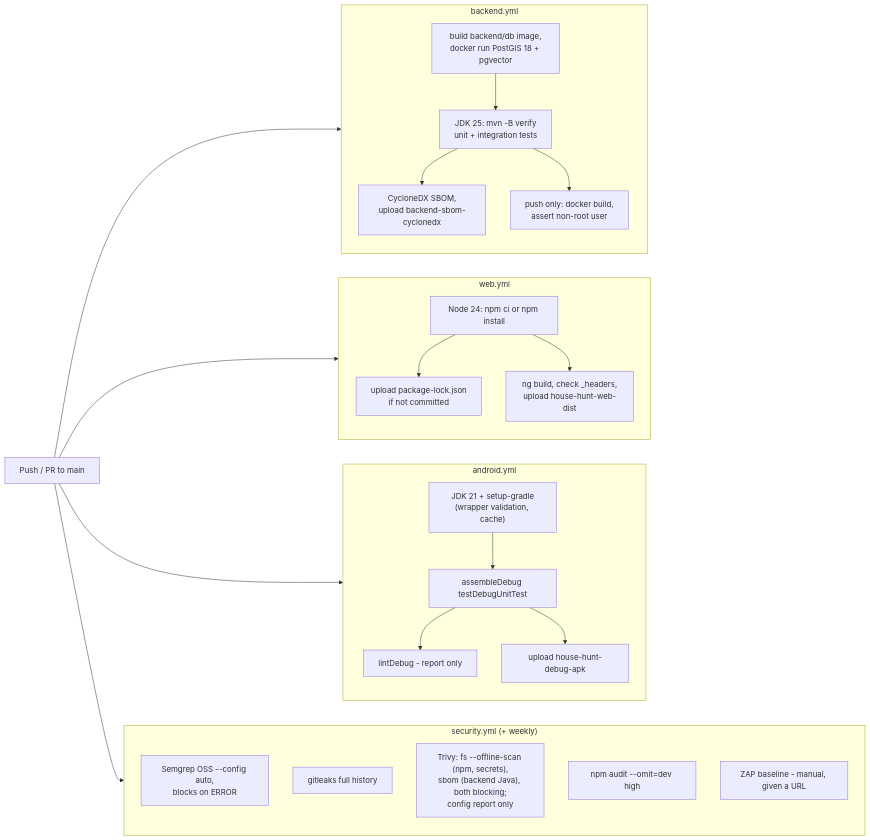
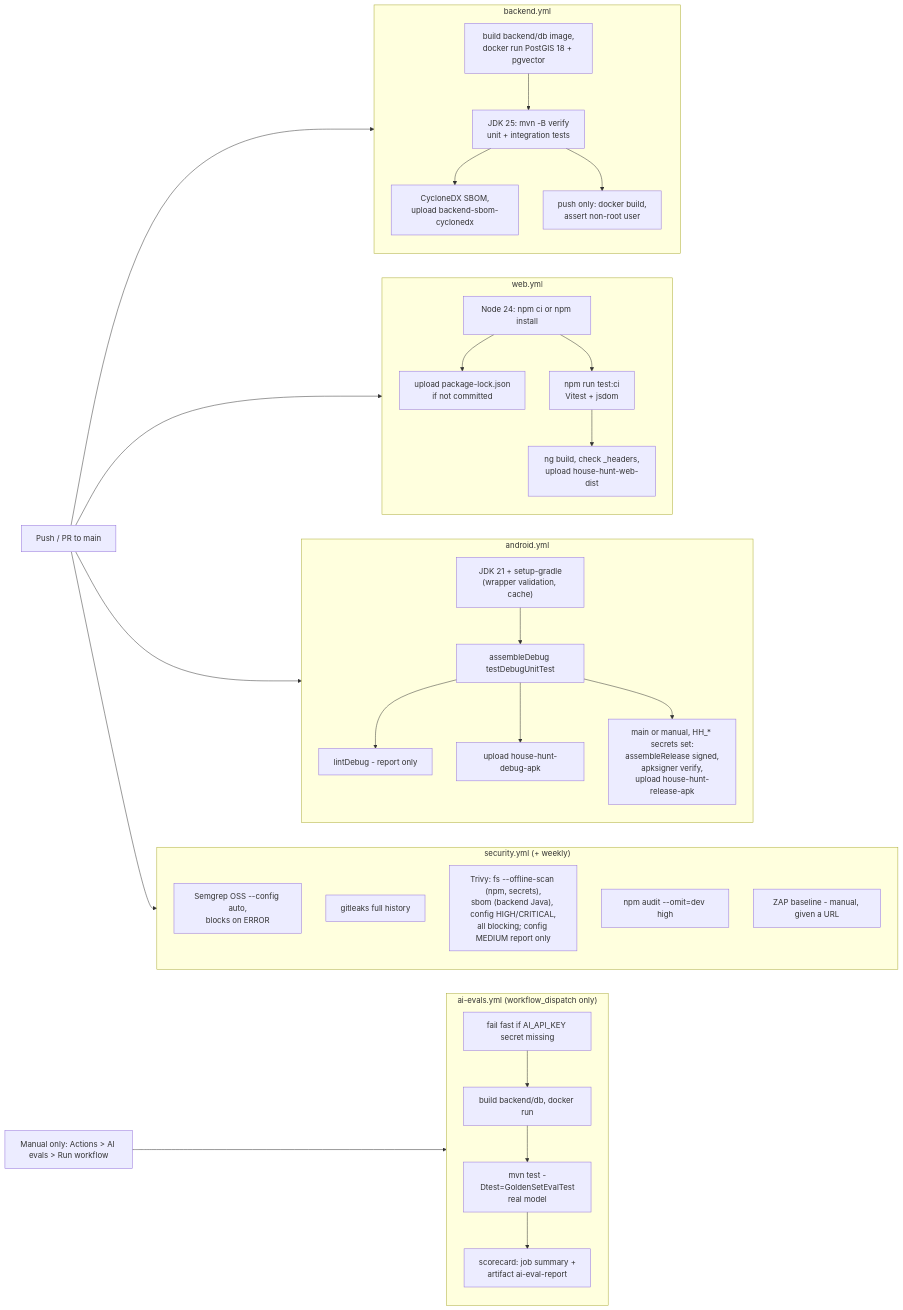
One commit to Sriram-Codes-SW/doorprints changed the diagram in docs/07-secure-build-and-deploy.md. Above: the diagram before and after it, drawn with Mermaid. The commit also changed other lines of this file and 50 other files, not shown here.

````diff
--- a/docs/07-secure-build-and-deploy.md
+++ b/docs/07-secure-build-and-deploy.md
@@ -27,25 +36,33 @@
 ```mermaid
 flowchart LR
     dev["Push / PR to main"] --> be & web & and & sec
     subgraph be["backend.yml"]
         be1["build backend/db image,<br/>docker run PostGIS 18 + pgvector"] --> be2["JDK 25: mvn -B verify<br/>unit + integration tests"]
         be2 --> be4["CycloneDX SBOM,<br/>upload backend-sbom-cyclonedx"]
         be2 --> be3["push only: docker build,<br/>assert non-root user"]
     end
     subgraph web["web.yml"]
         w1["Node 24: npm ci or npm install"] --> w2["upload package-lock.json<br/>if not committed"]
-        w1 --> w3["ng build, check _headers,<br/>upload house-hunt-web-dist"]
+        w1 --> w4["npm run test:ci<br/>Vitest + jsdom"]
+        w4 --> w3["ng build, check _headers,<br/>upload house-hunt-web-dist"]
     end
     subgraph and["android.yml"]
         a1["JDK 21 + setup-gradle<br/>(wrapper validation, cache)"] --> a2["assembleDebug testDebugUnitTest"]
         a2 --> a3["lintDebug - report only"]
         a2 --> a4["upload house-hunt-debug-apk"]
+        a2 --> a5["main or manual, HH_* secrets set:<br/>assembleRelease signed,<br/>apksigner verify,<br/>upload house-hunt-release-apk"]
     end
     subgraph sec["security.yml (+ weekly)"]
         s1["Semgrep OSS --config auto,<br/>blocks on ERROR"]
         s2["gitleaks full history"]
-        s3["Trivy: fs --offline-scan (npm, secrets),<br/>sbom (backend Java), both blocking;<br/>config report only"]
+        s3["Trivy: fs --offline-scan (npm, secrets),<br/>sbom (backend Java), config HIGH/CRITICAL,<br/>all blocking; config MEDIUM report only"]
         s4["npm audit --omit=dev high"]
         s5["ZAP baseline - manual, given a URL"]
     end
+    manual["Manual only: Actions > AI evals > Run workflow"] --> ai
+    subgraph ai["ai-evals.yml (workflow_dispatch only)"]
+        ai1["fail fast if AI_API_KEY secret missing"] --> ai2["build backend/db, docker run"]
+        ai2 --> ai3["mvn test -Dtest=GoldenSetEvalTest<br/>real model"]
+        ai3 --> ai4["scorecard: job summary +<br/>artifact ai-eval-report"]
+    end
 ```
````
